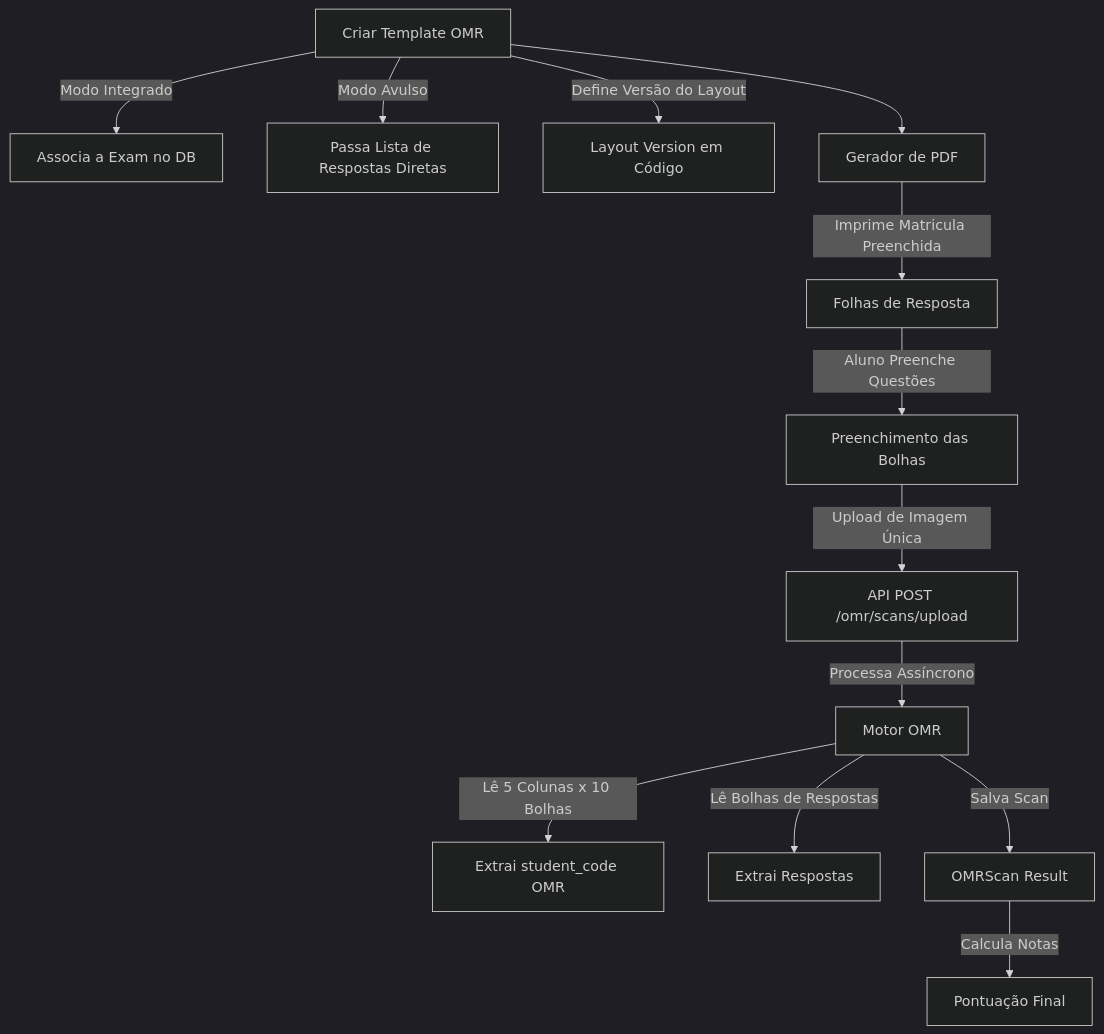
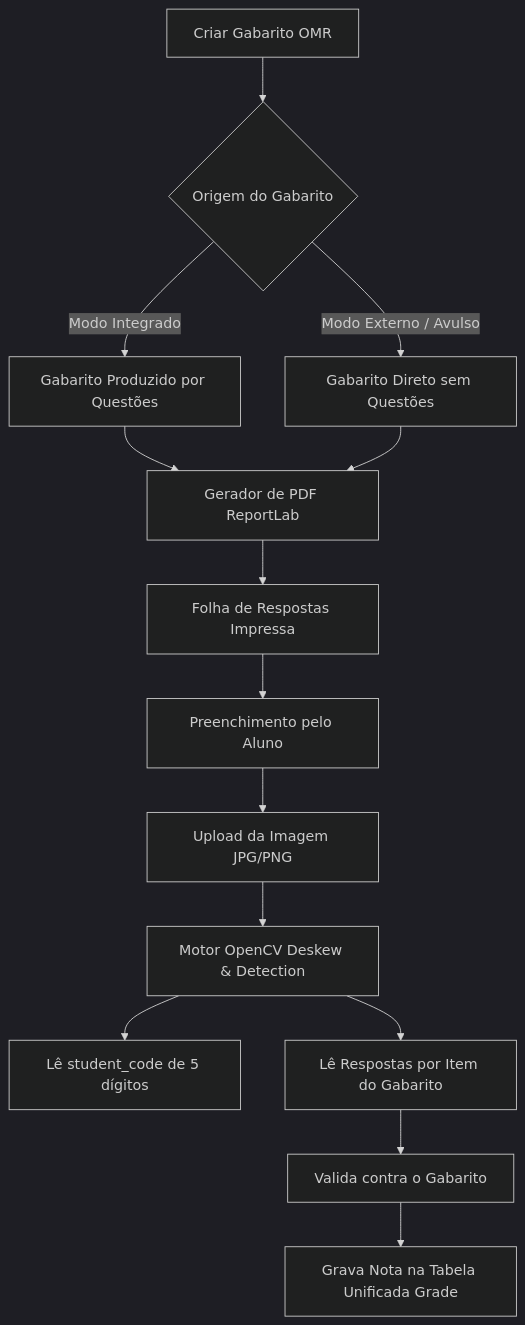
Before and after one commit to Nick91-qui/zero-cola: the diagram in PLANO_OMR.md, drawn with Mermaid (dark theme). The commit also changed other lines of this file and 7 other files, not shown here.

````diff
--- a/PLANO_OMR.md
+++ b/PLANO_OMR.md
@@ -16,19 +15,20 @@
 ```mermaid
 graph TD
-    TemplateCreate[Criar Template OMR] -->|Modo Integrado| ExamLinked[Associa a Exam no DB]
-    TemplateCreate -->|Modo Avulso| DirectKey[Passa Lista de Respostas Diretas]
-    TemplateCreate -->|Define Versão do Layout| LayoutVersion[Layout Version em Código]
+    Start[Criar Gabarito OMR] --> ModeCheck{Origem do Gabarito}
+    ModeCheck -->|Modo Integrado| KeyQ[Gabarito Produzido por Questões]
+    ModeCheck -->|Modo Externo / Avulso| KeyD[Gabarito Direto sem Questões]
     
-    TemplateCreate --> PDFGen[Gerador de PDF]
-    PDFGen -->|Imprime Matricula Preenchida| PrintSheet[Folhas de Resposta]
+    KeyQ --> PDFGen[Gerador de PDF ReportLab]
+    KeyD --> PDFGen
     
-    PrintSheet -->|Aluno Preenche Questões| StudentFill[Preenchimento das Bolhas]
-    StudentFill -->|Upload de Imagem Única| UploadAPI[API POST /omr/scans/upload]
+    PDFGen --> Print[Folha de Respostas Impressa]
+    Print --> StudentFill[Preenchimento pelo Aluno]
+    StudentFill --> Upload[Upload da Imagem JPG/PNG]
     
-    UploadAPI -->|Processa Assíncrono| OMREngine[Motor OMR]
-    OMREngine -->|Lê 5 Colunas x 10 Bolhas| ReadMatricula[Extrai student_code OMR]
-    OMREngine -->|Lê Bolhas de Respostas| ReadAnswers[Extrai Respostas]
+    Upload --> OpenCV[Motor OpenCV Deskew & Detection]
+    OpenCV --> ReadCode[Lê student_code de 5 dígitos]
+    OpenCV --> ReadAnswers[Lê Respostas por Item do Gabarito]
     
-    OMREngine -->|Salva Scan| DBScan[OMRScan Result]
-    DBScan -->|Calcula Notas| DBGrade[Pontuação Final]
+    ReadAnswers --> Compare[Valida contra o Gabarito]
+    Compare --> GradeSave[Grava Nota na Tabela Unificada Grade]
 ```
````
